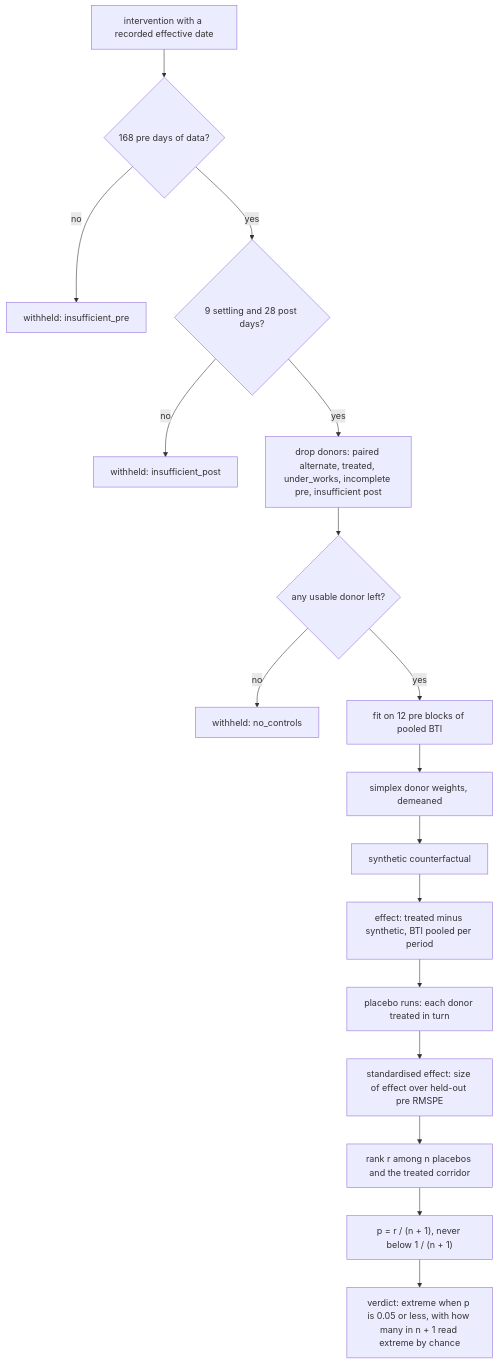
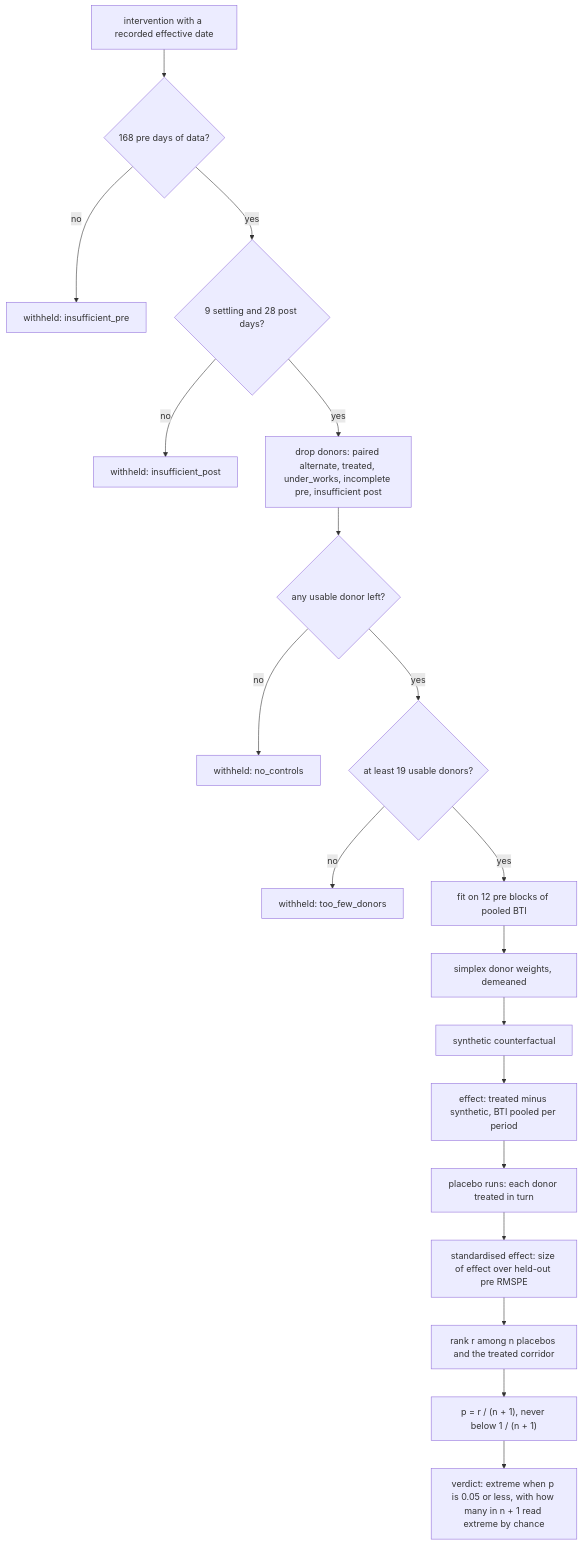
Before and after one commit to smatt92/hyderabad-corridor-ledger: the ninth of 13 diagrams in docs/architecture.md, drawn with Mermaid. The commit also changed other lines of this file and 17 other files, not shown here.

````diff
--- a/docs/architecture.md
+++ b/docs/architecture.md
@@ -562,19 +562,21 @@
 ```mermaid
 flowchart TD
     INT["intervention with a recorded effective date"] --> PRE{"168 pre days of data?"}
     PRE -->|"no"| W1["withheld: insufficient_pre"]
     PRE -->|"yes"| POST{"9 settling and 28 post days?"}
     POST -->|"no"| W2["withheld: insufficient_post"]
     POST -->|"yes"| GATE["drop donors: paired alternate, treated, under_works, incomplete pre, insufficient post"]
     GATE --> ANY{"any usable donor left?"}
     ANY -->|"no"| W3["withheld: no_controls"]
-    ANY -->|"yes"| FIT["fit on 12 pre blocks of pooled BTI"]
+    ANY -->|"yes"| FLOOR{"at least 19 usable donors?"}
+    FLOOR -->|"no"| W4["withheld: too_few_donors"]
+    FLOOR -->|"yes"| FIT["fit on 12 pre blocks of pooled BTI"]
     FIT --> WTS["simplex donor weights, demeaned"]
     WTS --> SYN["synthetic counterfactual"]
     SYN --> EFF["effect: treated minus synthetic, BTI pooled per period"]
     EFF --> PLA["placebo runs: each donor treated in turn"]
     PLA --> STD["standardised effect: size of effect over held-out pre RMSPE"]
     STD --> RANK["rank r among n placebos and the treated corridor"]
     RANK --> P["p = r / (n + 1), never below 1 / (n + 1)"]
     P --> V["verdict: extreme when p is 0.05 or less, with how many in n + 1 read extreme by chance"]
 ```
````
